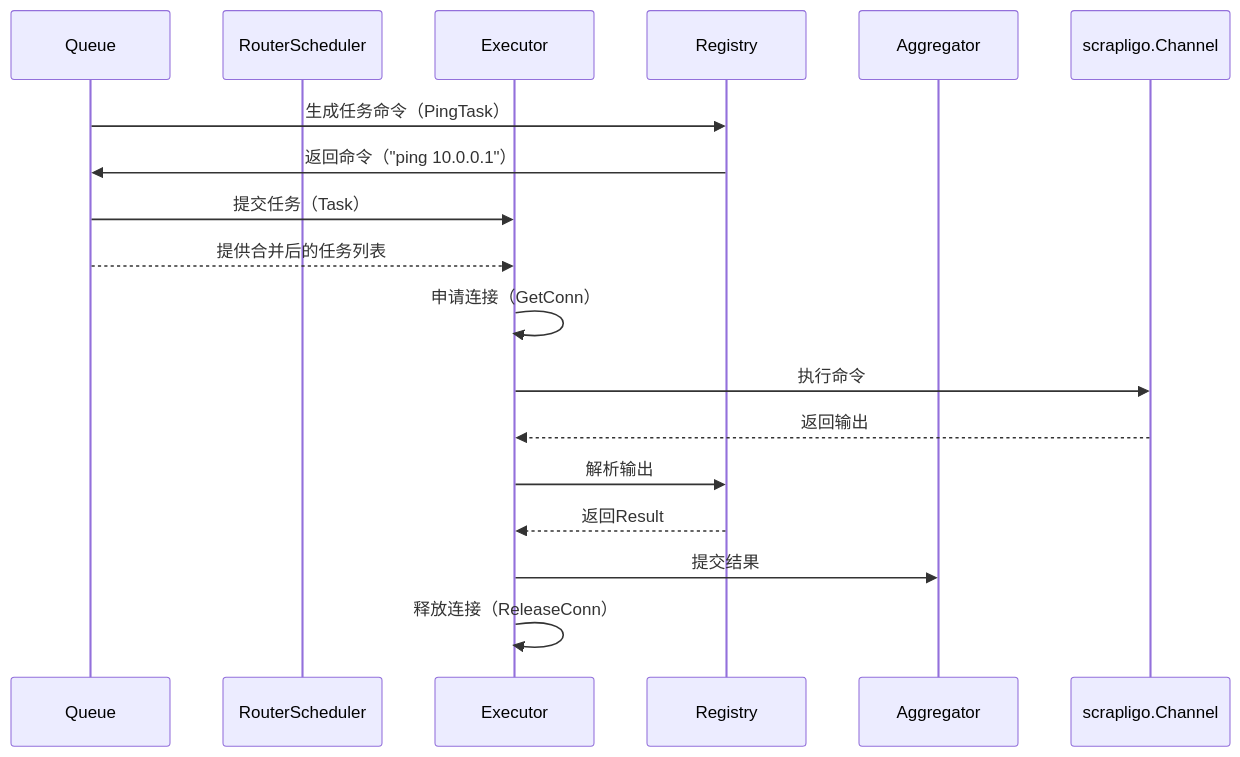
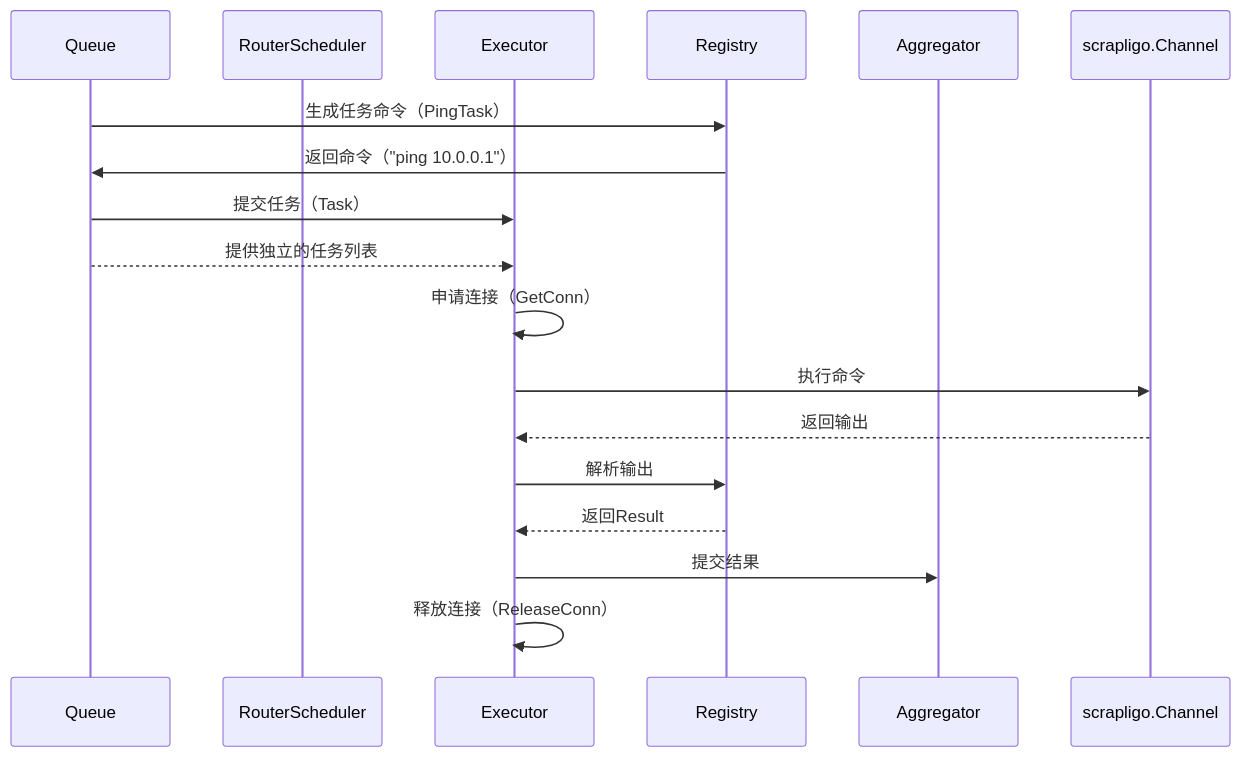
The third of 4 diagrams in spec/line_monitoring/design-human.md (charlesren/zabbix_ddl_monitor), drawn with Mermaid before and after one commit. The commit also changed other lines of this file and 7 other files, not shown here.

````diff
--- a/spec/line_monitoring/design-human.md
+++ b/spec/line_monitoring/design-human.md
@@ -170,22 +173,22 @@
 ```mermaid
 sequenceDiagram
     participant Queue
     participant RouterScheduler
     participant Executor
     participant Registry
     participant Aggregator
 
     %% 任务分发与执行
     Queue->>Registry: 生成任务命令（PingTask）
     Registry->>Queue: 返回命令（"ping 10.0.0.1"）
     Queue->>Executor: 提交任务（Task）
-    Queue-->>Executor: 提供合并后的任务列表
+    Queue-->>Executor: 提供独立的任务列表
     Executor->>Executor: 申请连接（GetConn）
 
     Executor->>scrapligo.Channel: 执行命令
     scrapligo.Channel-->>Executor: 返回输出
     Executor->>Registry: 解析输出
     Registry-->>Executor: 返回Result
     Executor->>Aggregator: 提交结果
     Executor->>Executor: 释放连接（ReleaseConn）
 ```
````
